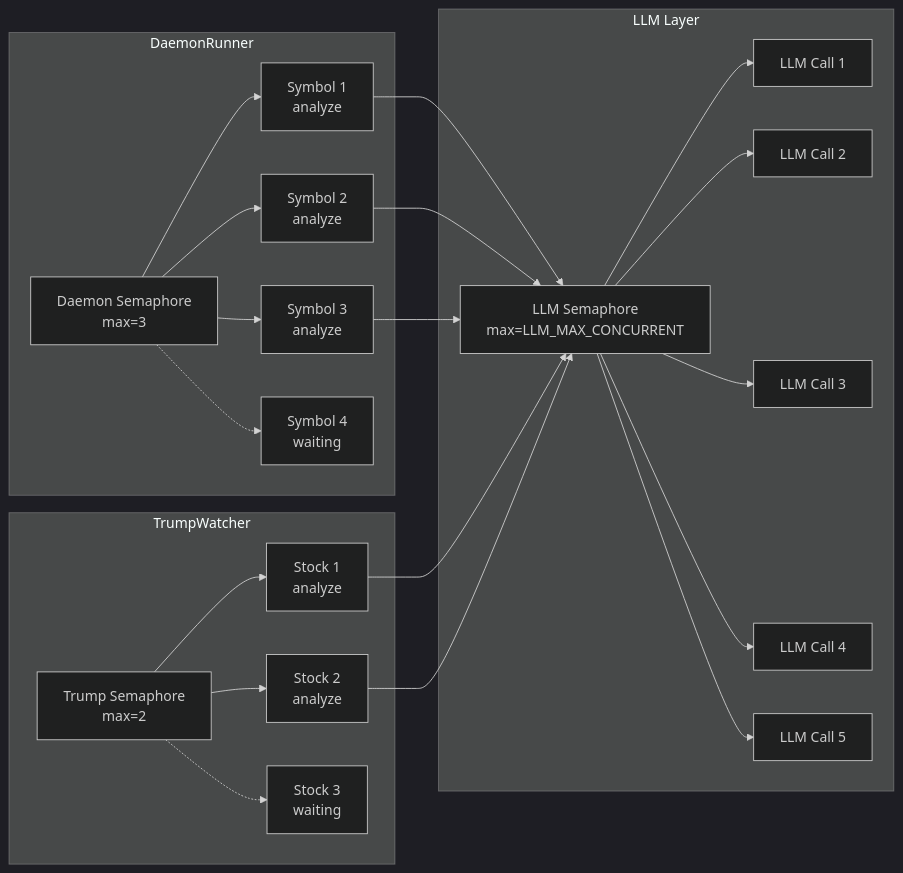
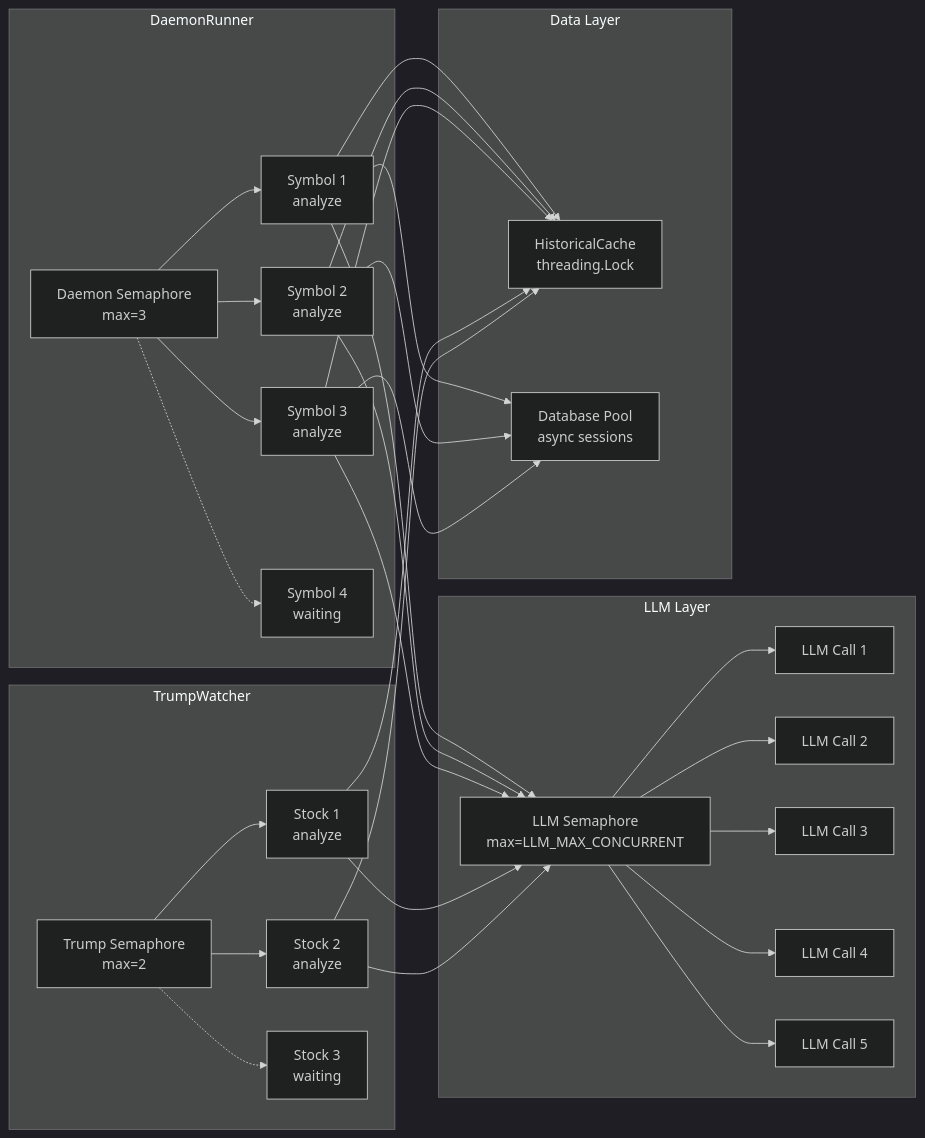
The fourth of 5 diagrams in docs/daemon-architecture.md (Automaat/ai-casino), drawn with Mermaid (dark theme) before and after one commit. The commit also changed other lines of this file and 2 other files, not shown here.

First line of the commit message:
docs: update diagrams to match current architecture (#413)

````diff
--- a/docs/daemon-architecture.md
+++ b/docs/daemon-architecture.md
@@ -153,32 +195,47 @@
 ```mermaid
 graph LR
     subgraph DaemonRunner
         DS[Daemon Semaphore<br/>max=3]
         DS --> S1[Symbol 1<br/>analyze]
         DS --> S2[Symbol 2<br/>analyze]
         DS --> S3[Symbol 3<br/>analyze]
         DS -.-> S4[Symbol 4<br/>waiting]
     end
 
     subgraph TrumpWatcher
         TS[Trump Semaphore<br/>max=2]
         TS --> T1[Stock 1<br/>analyze]
         TS --> T2[Stock 2<br/>analyze]
         TS -.-> T3[Stock 3<br/>waiting]
     end
 
     subgraph LLM Layer
         LS[LLM Semaphore<br/>max=LLM_MAX_CONCURRENT]
         LS --> L1[LLM Call 1]
         LS --> L2[LLM Call 2]
         LS --> L3[LLM Call 3]
         LS --> L4[LLM Call 4]
         LS --> L5[LLM Call 5]
     end
 
+    subgraph Data Layer
+        Cache[HistoricalCache<br/>threading.Lock]
+        DBPool[Database Pool<br/>async sessions]
+    end
+
     S1 --> LS
     S2 --> LS
     S3 --> LS
     T1 --> LS
     T2 --> LS
+
+    S1 --> Cache
+    S2 --> Cache
+    S3 --> Cache
+    T1 --> Cache
+    T2 --> Cache
+
+    S1 --> DBPool
+    S2 --> DBPool
+    S3 --> DBPool
 ```
````
